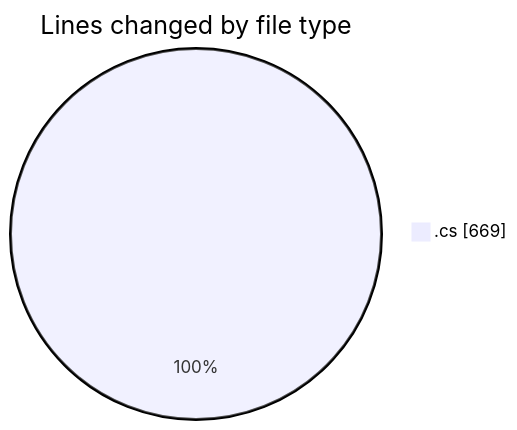
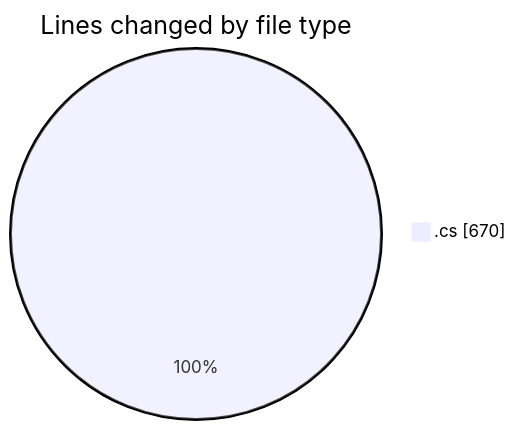
Before and after one commit to Netris89/code-tracking: the first of 2 diagrams in 2025-04-02/back-end/README.md, drawn with Mermaid. The commit also changed other lines of this file and 1 other file, not shown here.

````diff
--- a/2025-04-02/back-end/README.md
+++ b/2025-04-02/back-end/README.md
@@ -22,5 +22,5 @@
 ```mermaid
 pie showData
 title Lines changed by file type
-".cs" : 669
+".cs" : 670
 ```
````
